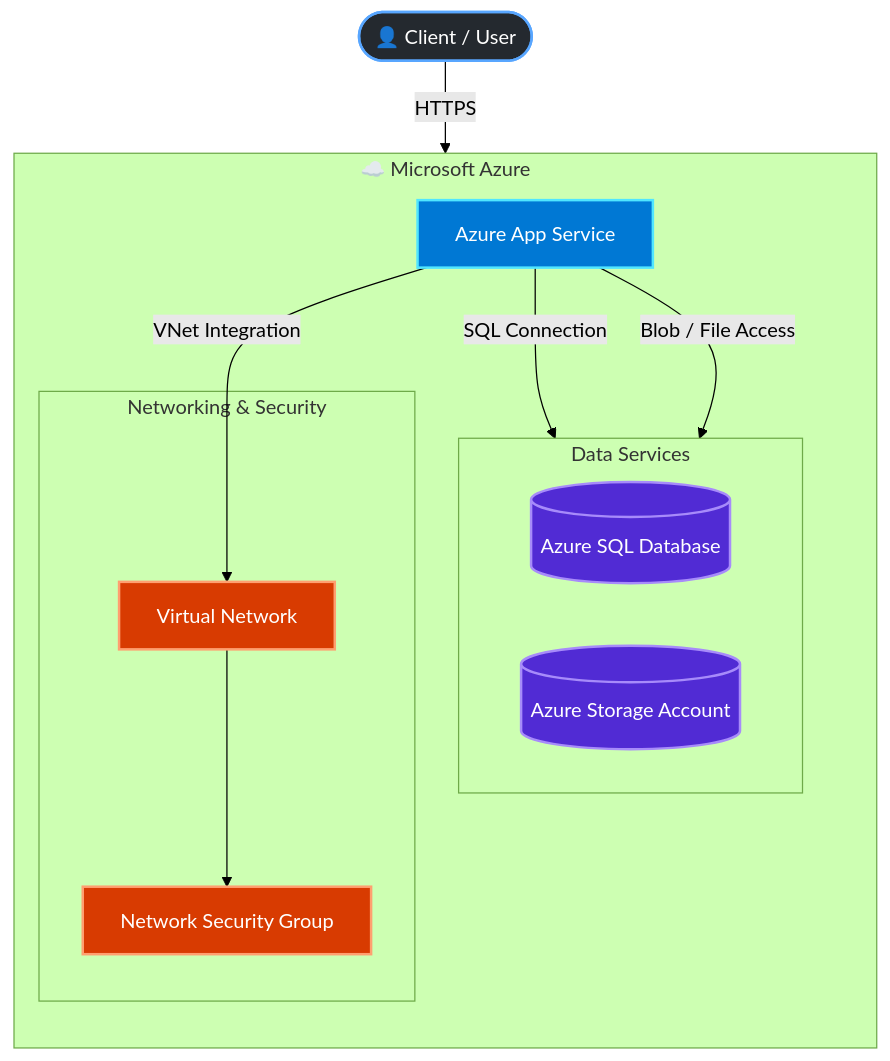
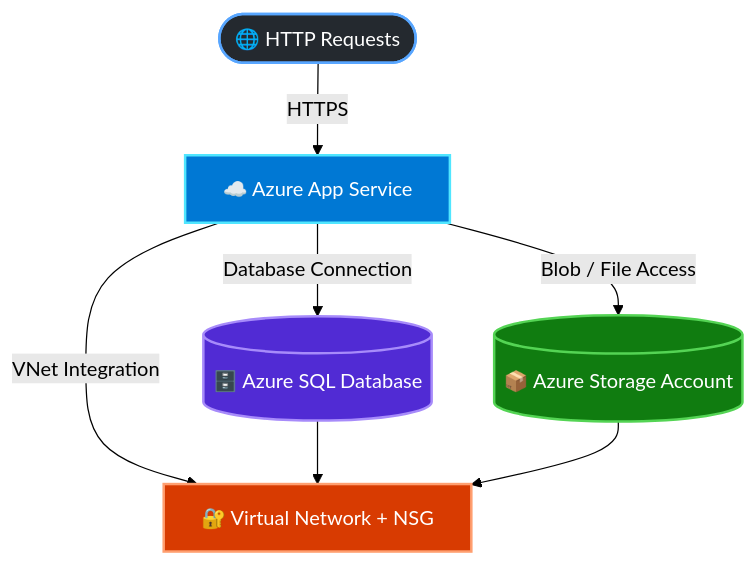
Before and after one commit to boricua007/Azure-Deployment-Scripts: the diagram in README.md, drawn with Mermaid (forest theme). The commit also changed other lines of this file, not shown here.

Commit message:
Add architecture diagram with Mermaid

````diff
--- a/README.md
+++ b/README.md
@@ -42,38 +18,31 @@
 ```mermaid
 flowchart TB
 
-    User(["👤 Client / User"])
+    %% Nodes
+    Client(["🌐 HTTP Requests"])
+    App["☁️ Azure App Service"]
+    SQL[("🗄️ Azure SQL Database")]
+    Storage[("📦 Azure Storage Account")]
+    Network["🔐 Virtual Network + NSG"]
 
-    subgraph Azure["☁️ Microsoft Azure"]
-        direction TB
+    %% Connections
+    Client -->|HTTPS| App
+    App -->|Database Connection| SQL
+    App -->|Blob / File Access| Storage
+    App -->|VNet Integration| Network
+    SQL --> Network
+    Storage --> Network
 
-        App["Azure App Service"]
+    %% Styling
+    classDef client fill:#24292f,stroke:#58a6ff,stroke-width:2px,color:#ffffff
+    classDef compute fill:#0078D4,stroke:#50e6ff,stroke-width:2px,color:#ffffff
+    classDef database fill:#512BD4,stroke:#a78bfa,stroke-width:2px,color:#ffffff
+    classDef storage fill:#107C10,stroke:#54d454,stroke-width:2px,color:#ffffff
+    classDef network fill:#D83B01,stroke:#ff9f70,stroke-width:2px,color:#ffffff
 
-        subgraph Data["Data Services"]
-            direction LR
-            SQL[("Azure SQL Database")]
-            Storage[("Azure Storage Account")]
-        end
-
-        subgraph Security["Networking & Security"]
-            VNet["Virtual Network"]
-            NSG["Network Security Group"]
-        end
-    end
-
-    User -->|HTTPS| App
-    App -->|SQL Connection| SQL
-    App -->|Blob / File Access| Storage
-    App -->|VNet Integration| VNet
-    VNet --> NSG
-
-    classDef user fill:#24292f,stroke:#58a6ff,stroke-width:2px,color:#ffffff
-    classDef app fill:#0078D4,stroke:#50e6ff,stroke-width:2px,color:#ffffff
-    classDef data fill:#512BD4,stroke:#a78bfa,stroke-width:2px,color:#ffffff
-    classDef security fill:#D83B01,stroke:#ff9f70,stroke-width:2px,color:#ffffff
-
-    class User user
-    class App app
-    class SQL,Storage data
-    class VNet,NSG security
+    class Client client
+    class App compute
+    class SQL database
+    class Storage storage
+    class Network network
 ```
````
